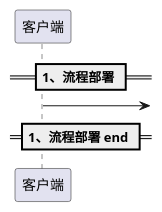
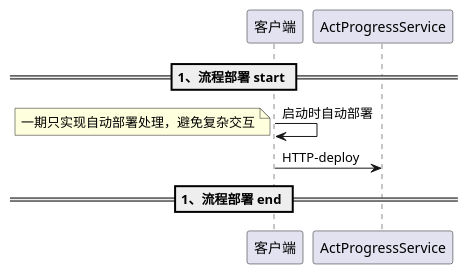
The diagram in docs/系统交互流程.puml (cmgun/spring-activiti), drawn with PlantUML before and after one commit. The commit also changed 17 other files, not shown here.

```diff
--- a/docs/系统交互流程.puml
+++ b/docs/系统交互流程.puml
@@ -1,5 +1,9 @@
 @startuml
-== 1、流程部署 ==
-客户端 ->
+== 1、流程部署 start ==
+客户端 -> 客户端 : 启动时自动部署
+note left
+    一期只实现自动部署处理，避免复杂交互
+end note
+客户端 -> ActProgressService : HTTP-deploy
 == 1、流程部署 end ==
 @enduml
```
